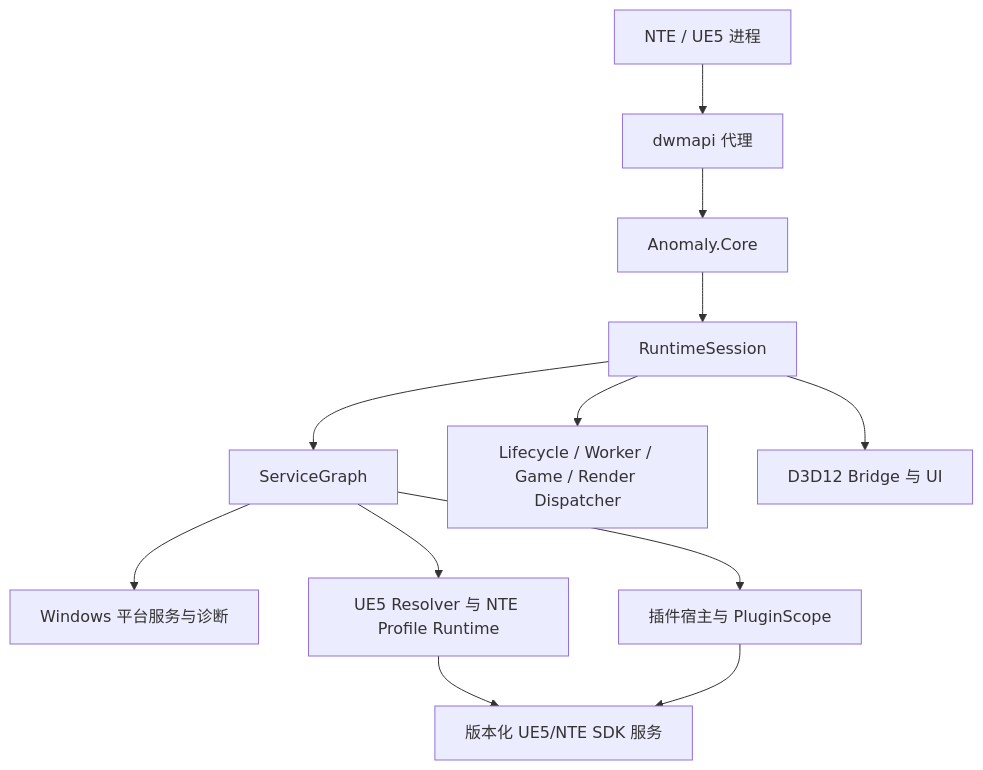
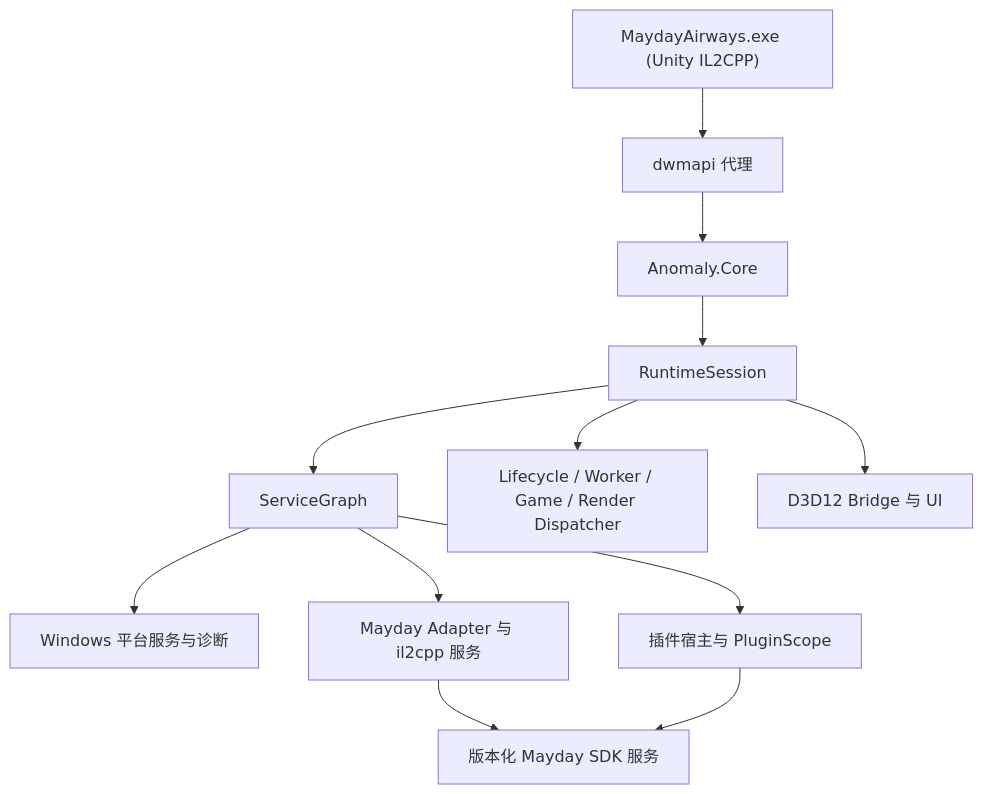
One commit to xiaotian2333/Mayday-Airways-Anomaly changed the diagram in .agents/architecture.md. Above: the diagram before and after it, drawn with Mermaid. The commit also changed other lines of this file and 8 other files, not shown here.

Commit message:
docs: 清理 NTE 声明并更新 Mayday 协作文档

````diff
--- a/.agents/architecture.md
+++ b/.agents/architecture.md
@@ -5,14 +5,14 @@
 ```mermaid
 flowchart TD
-    Game["NTE / UE5 进程"] --> Proxy["dwmapi 代理"]
+    Game["MaydayAirways.exe (Unity IL2CPP)"] --> Proxy["dwmapi 代理"]
     Proxy --> Core["Anomaly.Core"]
     Core --> Session["RuntimeSession"]
     Session --> Graph["ServiceGraph"]
     Session --> Dispatch["Lifecycle / Worker / Game / Render Dispatcher"]
     Graph --> Platform["Windows 平台服务与诊断"]
     Graph --> Plugins["插件宿主与 PluginScope"]
-    Graph --> Profile["UE5 Resolver 与 NTE Profile Runtime"]
+    Graph --> Profile["Mayday Adapter 与 il2cpp 服务"]
     Session --> Render["D3D12 Bridge 与 UI"]
-    Profile --> Services["版本化 UE5/NTE SDK 服务"]
+    Profile --> Services["版本化 Mayday SDK 服务"]
     Plugins --> Services
 ```
````
